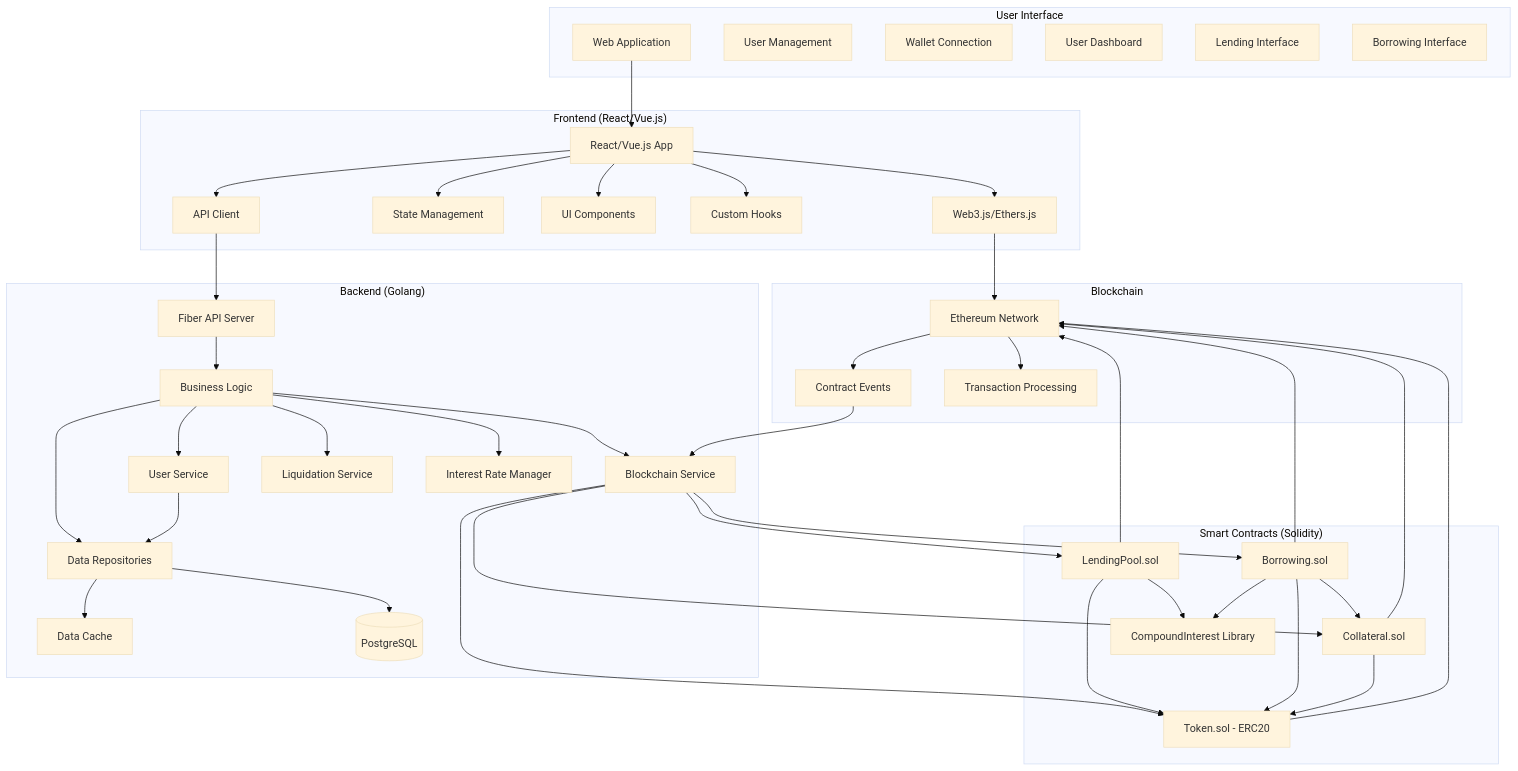
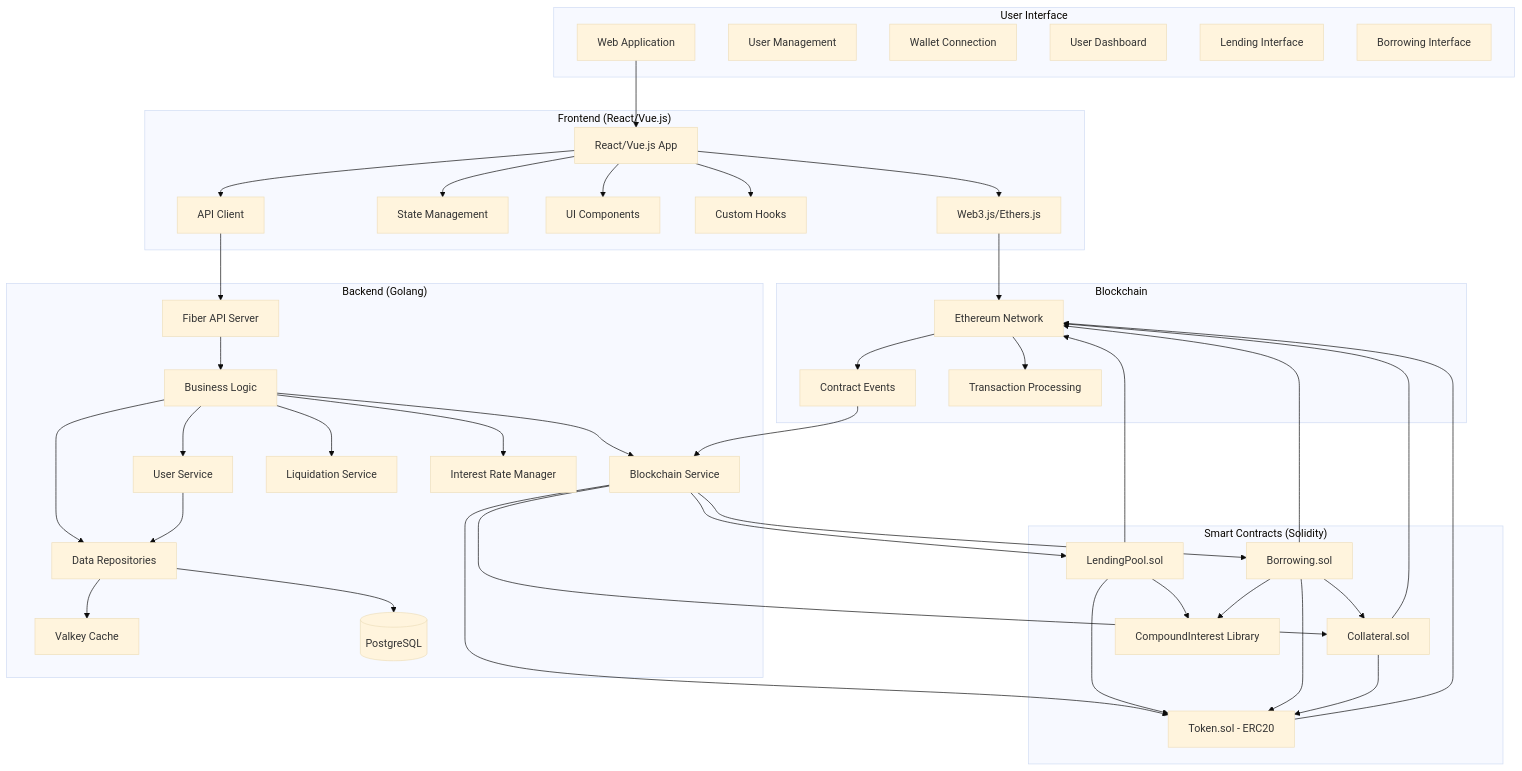
The diagram in README.md (Mattouff/Lending-Borrowing), drawn with Mermaid (base theme) before and after one commit. The commit also changed other lines of this file and 1 other file, not shown here.

Commit message:
feat: update readme after Valkey integration

```diff
--- a/README.md
+++ b/README.md
@@ -32,7 +32,7 @@
         BlockchainService[Blockchain Service]
         Liquidator[Liquidation Service]
         InterestCalculator[Interest Rate Manager]
-        Cache[Data Cache]
+        Cache[Valkey Cache]
         DB[(PostgreSQL)]
     end
 
```
